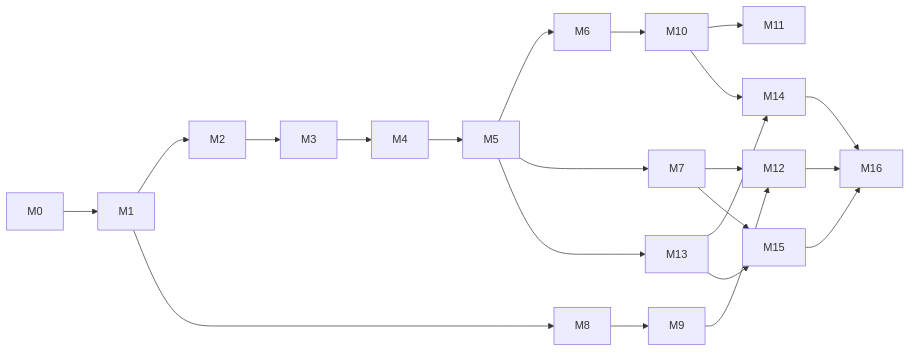
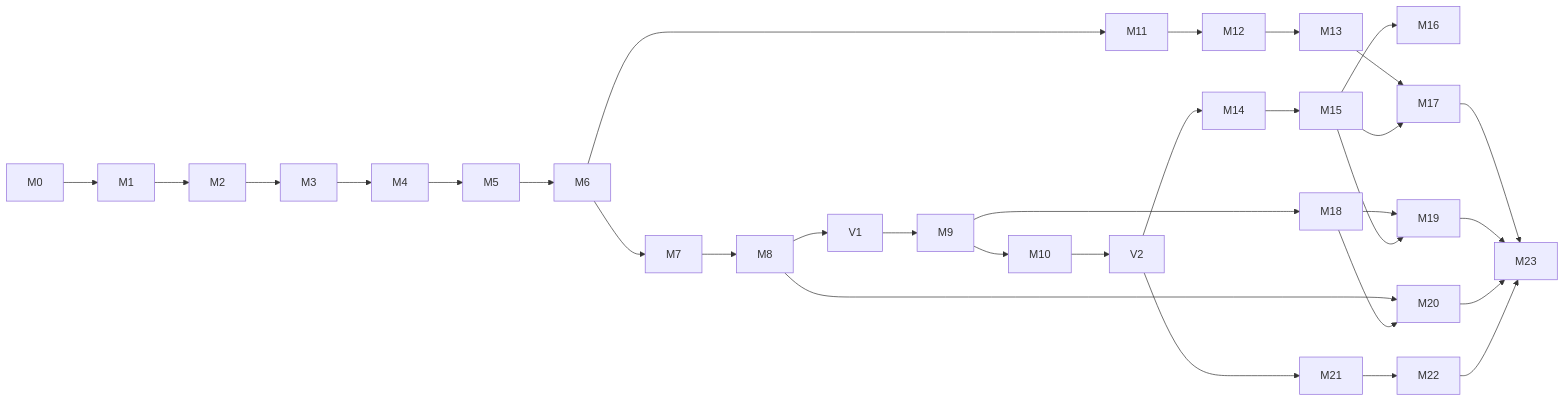
Before and after one commit to DailenG/agent-loadout: the second of 2 diagrams in SPEC.md, drawn with Mermaid. The commit also changed other lines of this file, not shown here.

````diff
--- a/SPEC.md
+++ b/SPEC.md
@@ -1282,16 +1320,18 @@
 ```mermaid
 flowchart LR
-  M0 --> M1 --> M2 --> M3 --> M4 --> M5 --> M6
-  M5 --> M7
-  M1 --> M8 --> M9
-  M6 --> M10 --> M11
-  M7 --> M12
-  M9 --> M12
-  M5 --> M13 --> M14
-  M10 --> M14
-  M7 --> M15
-  M13 --> M15
-  M12 --> M16
-  M14 --> M16
-  M15 --> M16
+  M0 --> M1 --> M2 --> M3 --> M4 --> M5 --> M6 --> M7 --> M8 --> V1
+  V1 --> M9 --> M10 --> V2
+  M6 --> M11 --> M12 --> M13
+  V2 --> M14 --> M15 --> M16
+  M13 --> M17
+  M15 --> M17
+  M9 --> M18 --> M19
+  M15 --> M19
+  M8 --> M20
+  M18 --> M20
+  V2 --> M21 --> M22
+  M17 --> M23
+  M19 --> M23
+  M20 --> M23
+  M22 --> M23
 ```
````
